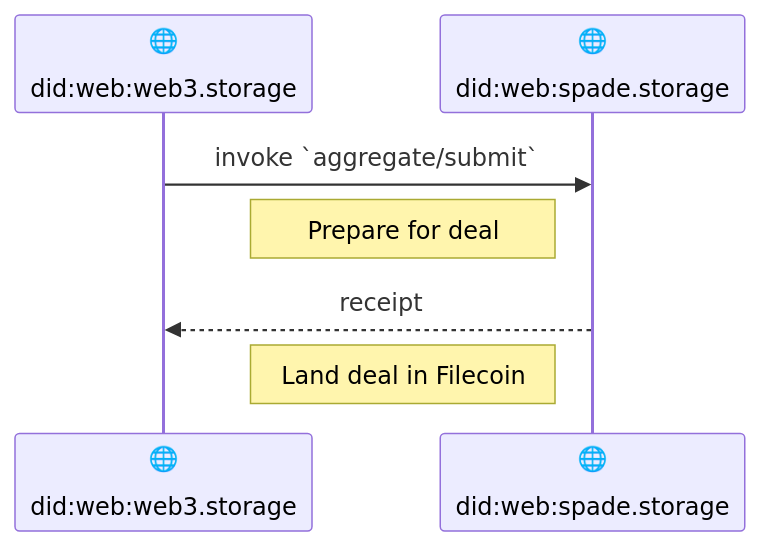
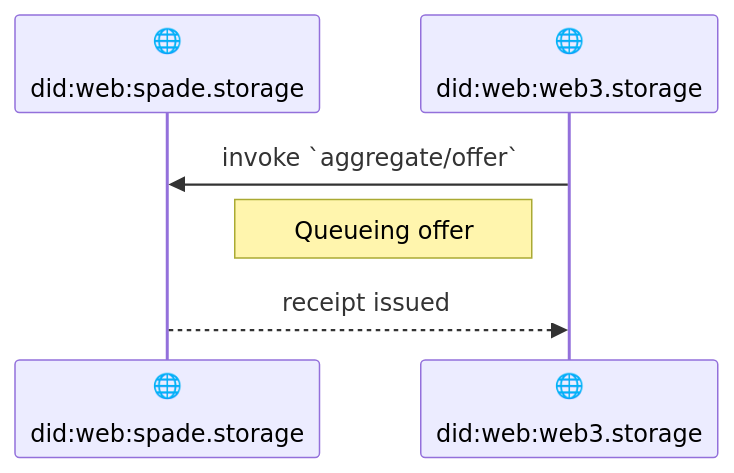
The second of 4 diagrams in w3-aggregation.md (storacha/specs), drawn with Mermaid before and after one commit. The commit also changed other lines of this file, not shown here.

````diff
--- a/w3-aggregation.md
+++ b/w3-aggregation.md
@@ -61,10 +80,9 @@
 ```mermaid
 sequenceDiagram
+    participant Authority as 🌐<br/><br/>did:web:spade.storage
     participant Storefront as 🌐<br/><br/>did:web:web3.storage
-    participant Authority as 🌐<br/><br/>did:web:spade.storage
 
-    Storefront->>Authority: invoke `aggregate/submit`
-    Note left of Authority: Prepare for deal
-    Authority-->>Storefront: receipt
-    Note left of Authority: Land deal in Filecoin
+    Storefront->>Authority: invoke `aggregate/offer`
+    Note left of Storefront: Queueing offer
+    Authority-->>Storefront: receipt issued
 ```
````
